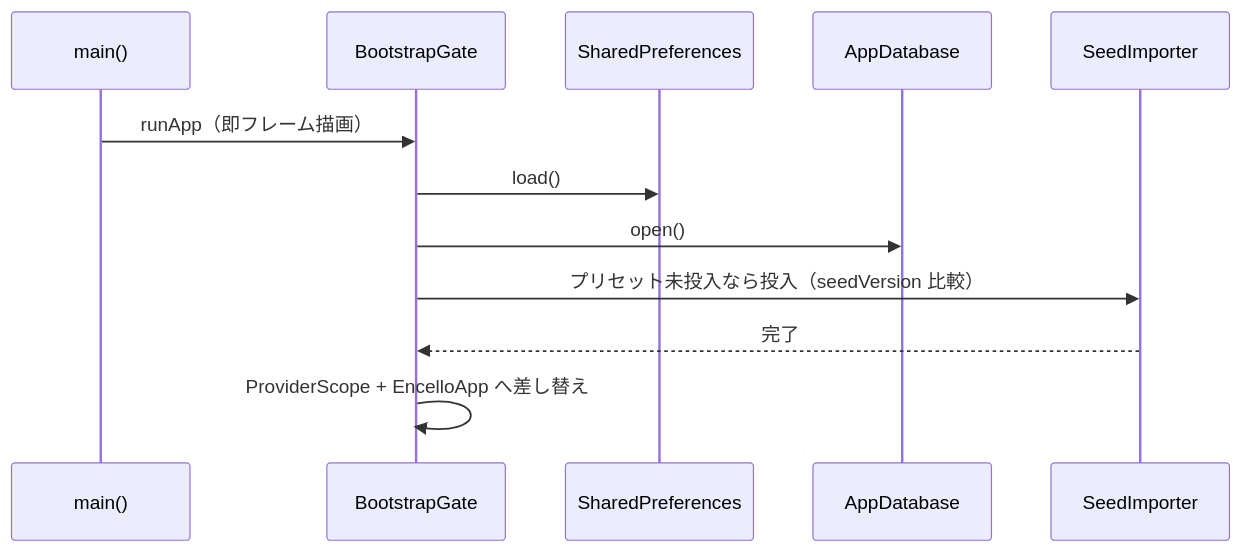
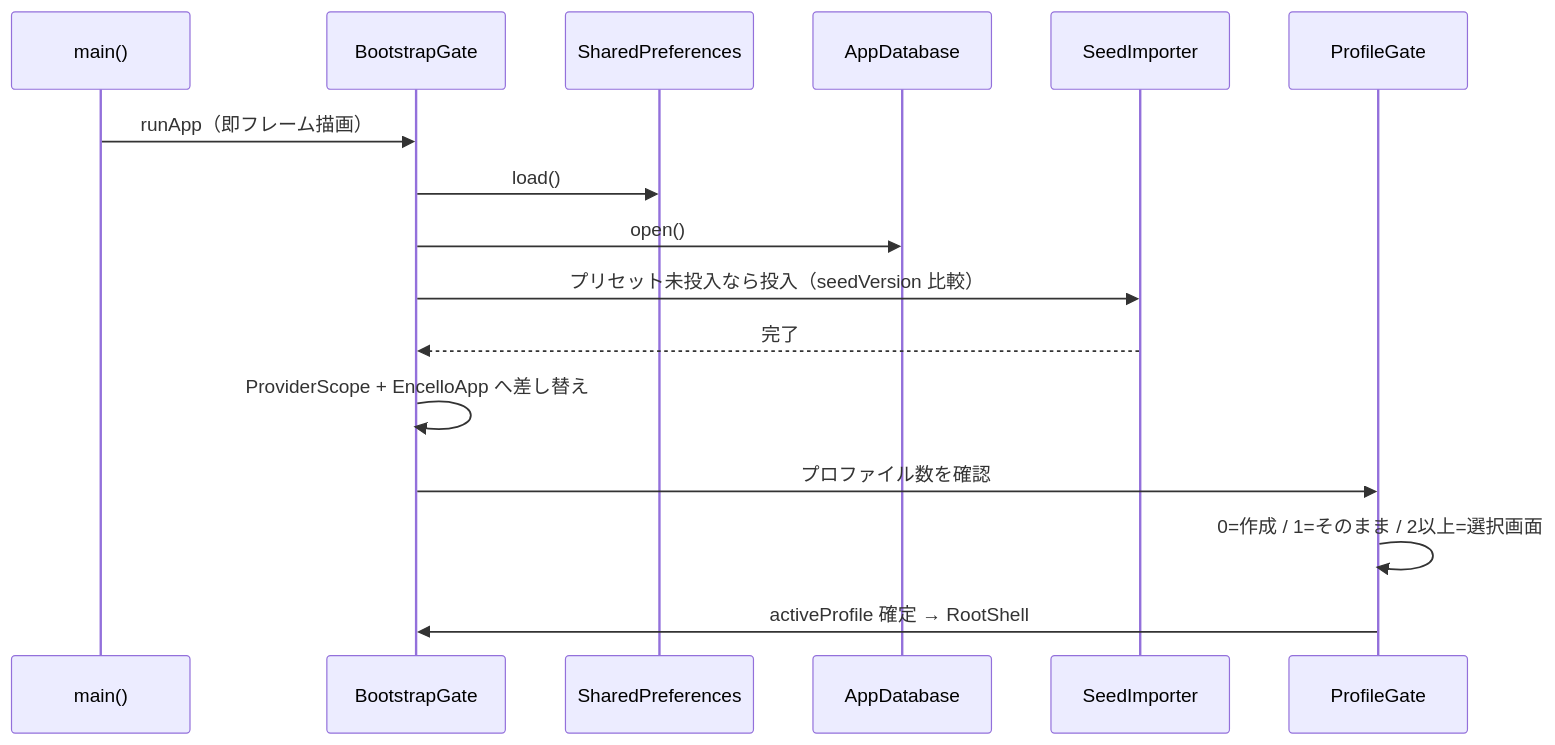
One commit to t2k2pp/encello changed the third of 3 diagrams in Docs/02_architecture.md. Above: the diagram before and after it, drawn with Mermaid. The commit also changed other lines of this file and 29 other files, not shown here.

````diff
--- a/Docs/02_architecture.md
+++ b/Docs/02_architecture.md
@@ -124,14 +154,18 @@
 ```mermaid
 sequenceDiagram
   participant M as main()
   participant G as BootstrapGate
   participant P as SharedPreferences
   participant D as AppDatabase
   participant S as SeedImporter
+  participant PG as ProfileGate
   M->>G: runApp（即フレーム描画）
   G->>P: load()
   G->>D: open()
   G->>S: プリセット未投入なら投入（seedVersion 比較）
   S-->>G: 完了
   G->>G: ProviderScope + EncelloApp へ差し替え
+  G->>PG: プロファイル数を確認
+  PG->>PG: 0=作成 / 1=そのまま / 2以上=選択画面
+  PG->>G: activeProfile 確定 → RootShell
 ```
````
